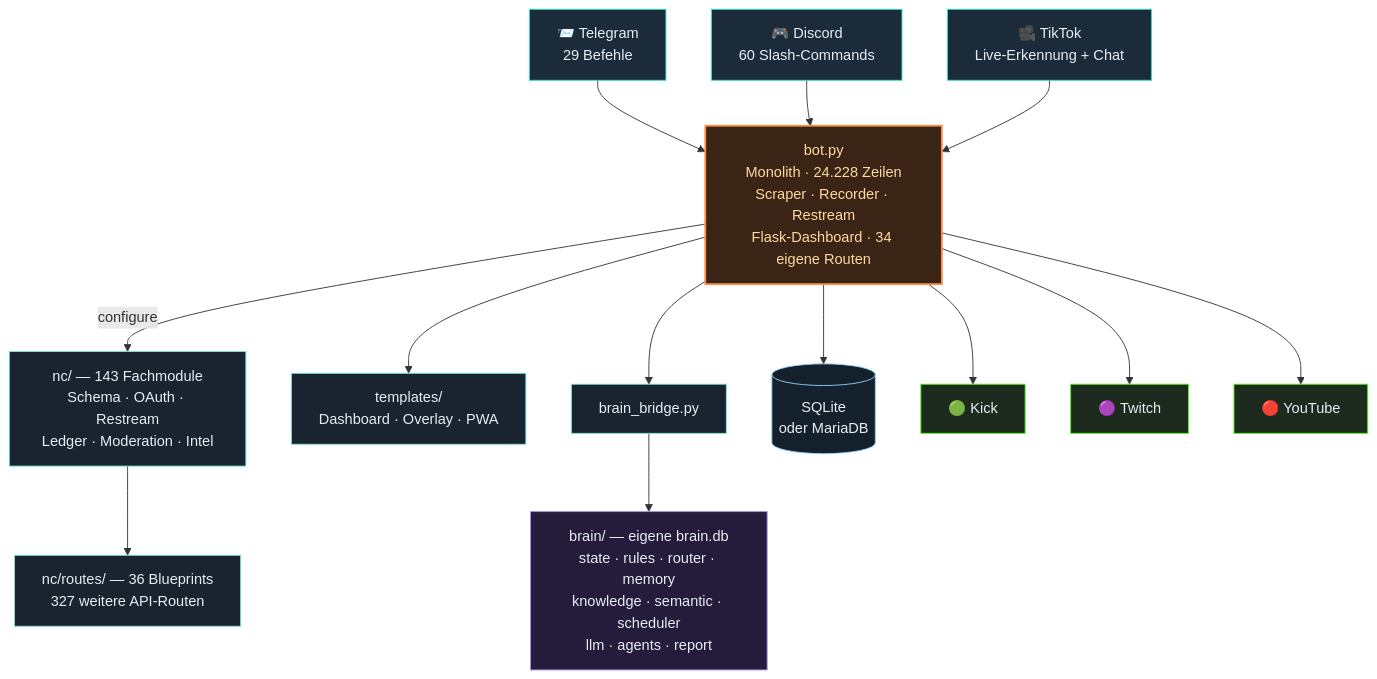
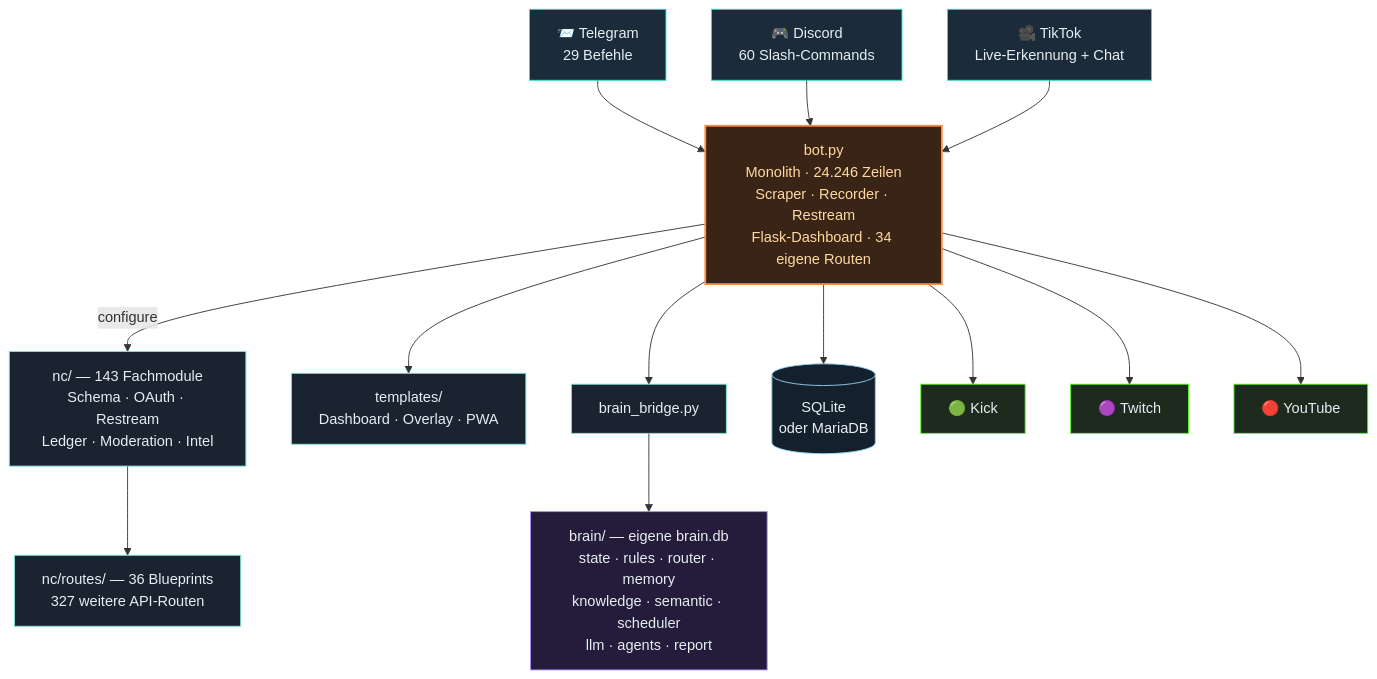
Before and after one commit to itsamemedev/Telegram-Stream-Info-Bot: the third of 4 diagrams in README.md, drawn with Mermaid. The commit also changed other lines of this file and 13 other files, not shown here.

````diff
--- a/README.md
+++ b/README.md
@@ -189,30 +189,30 @@
 ```mermaid
 flowchart TB
     TG["📨 Telegram<br/>29 Befehle"]:::ein
     DC["🎮 Discord<br/>60 Slash-Commands"]:::ein
     TT["🎥 TikTok<br/>Live-Erkennung + Chat"]:::ein
 
     TG --> BOT
     DC --> BOT
     TT --> BOT
 
-    BOT["bot.py<br/>Monolith · 24.228 Zeilen<br/>Scraper · Recorder · Restream<br/>Flask-Dashboard · 34 eigene Routen"]:::core
+    BOT["bot.py<br/>Monolith · 24.246 Zeilen<br/>Scraper · Recorder · Restream<br/>Flask-Dashboard · 34 eigene Routen"]:::core
 
     BOT -->|configure| NC["nc/ — 143 Fachmodule<br/>Schema · OAuth · Restream<br/>Ledger · Moderation · Intel"]:::lib
     NC --> RT["nc/routes/ — 36 Blueprints<br/>327 weitere API-Routen"]:::lib
     BOT --> TPL["templates/<br/>Dashboard · Overlay · PWA"]:::lib
     BOT --> BR["brain_bridge.py"]:::lib
     BR --> BRAIN["brain/ — eigene brain.db<br/>state · rules · router · memory<br/>knowledge · semantic · scheduler<br/>llm · agents · report"]:::brain
     BOT --> DB[("SQLite<br/>oder MariaDB")]:::db
 
     BOT --> KICK["🟢 Kick"]:::out
     BOT --> TW["🟣 Twitch"]:::out
     BOT --> YT["🔴 YouTube"]:::out
 
     classDef ein fill:#1c2b3a,stroke:#2de1c2,color:#e6edf3
     classDef core fill:#3a2415,stroke:#ff8c42,stroke-width:2px,color:#ffd9a0
     classDef lib fill:#1a2430,stroke:#7fe7d4,color:#e6edf3
     classDef brain fill:#241c3a,stroke:#a78bfa,color:#e6edf3
     classDef db fill:#14202c,stroke:#8fd3f4,color:#e6edf3
     classDef out fill:#1c2b1e,stroke:#53fc18,color:#e6edf3
 ```
````
